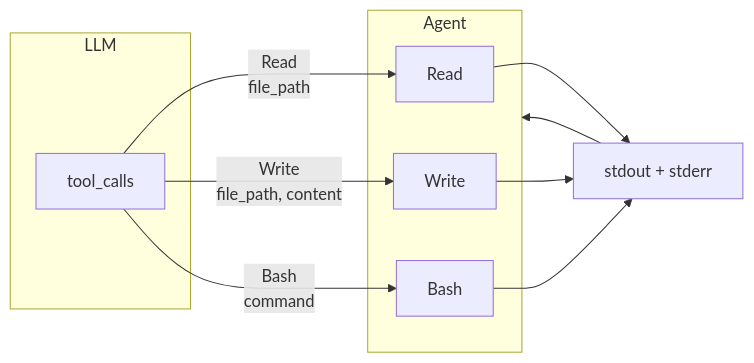
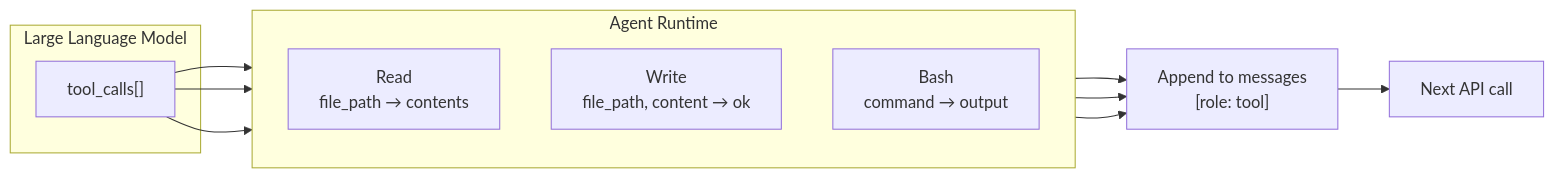
Before and after one commit to Hackb07/claude-code-rust: the third of 3 diagrams in README.md, drawn with Mermaid. The commit also changed other lines of this file, not shown here.

````diff
--- a/README.md
+++ b/README.md
@@ -43,18 +152,19 @@
 ```mermaid
 flowchart LR
-    subgraph LLM["LLM"]
-        TC["tool_calls"]
+    subgraph LLM["Large Language Model"]
+        TC["tool_calls[]"]
     end
-    subgraph Agent["Agent"]
-        R["Read"]
-        W["Write"]
-        B["Bash"]
+    subgraph AGENT["Agent Runtime"]
+        direction TB
+        R["Read<br>file_path → contents"]
+        W["Write<br>file_path, content → ok"]
+        B["Bash<br>command → output"]
     end
-    TC -- "Read<br>file_path" --> R
-    TC -- "Write<br>file_path, content" --> W
-    TC -- "Bash<br>command" --> B
-    R --> Result["File Contents"]
-    W --> Result["Confirmation"]
-    B --> Result["stdout + stderr"]
-    Result --> Agent
+    TC --> R
+    TC --> W
+    TC --> B
+    R --> CB["Append to messages<br>[role: tool]"]
+    W --> CB
+    B --> CB
+    CB --> LOOP["Next API call"]
 ```
````
